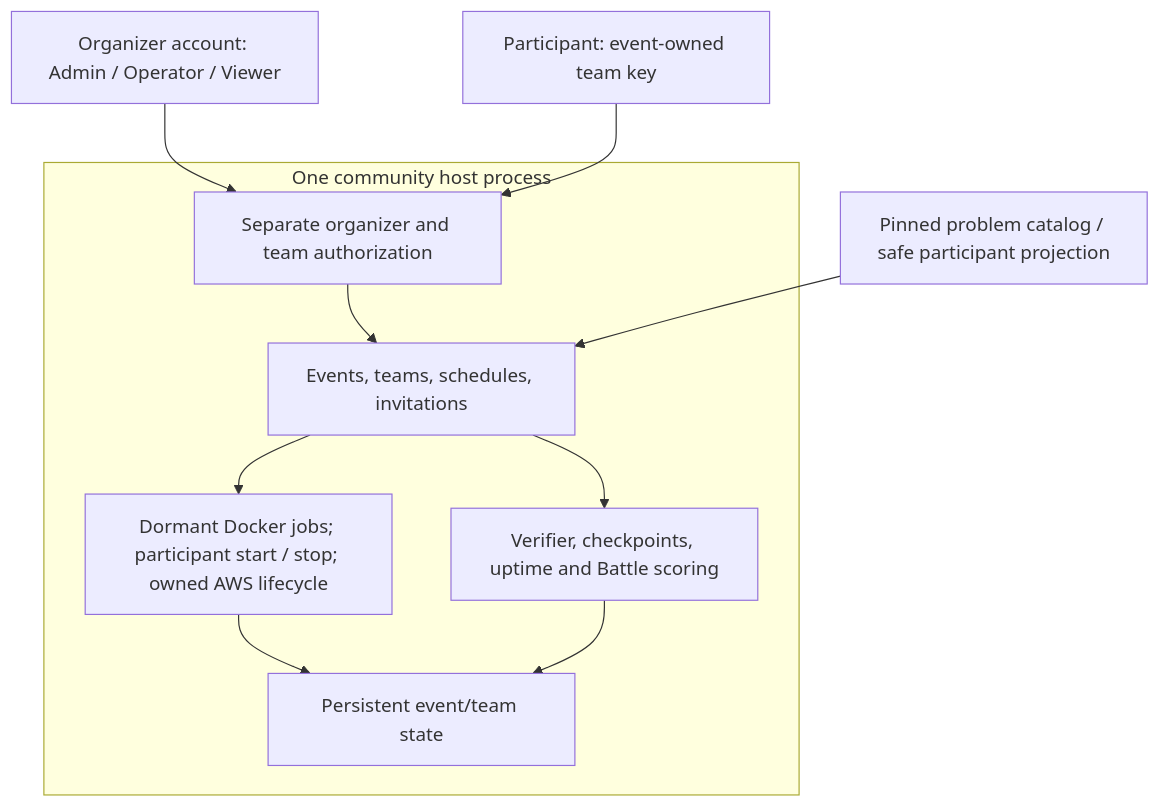
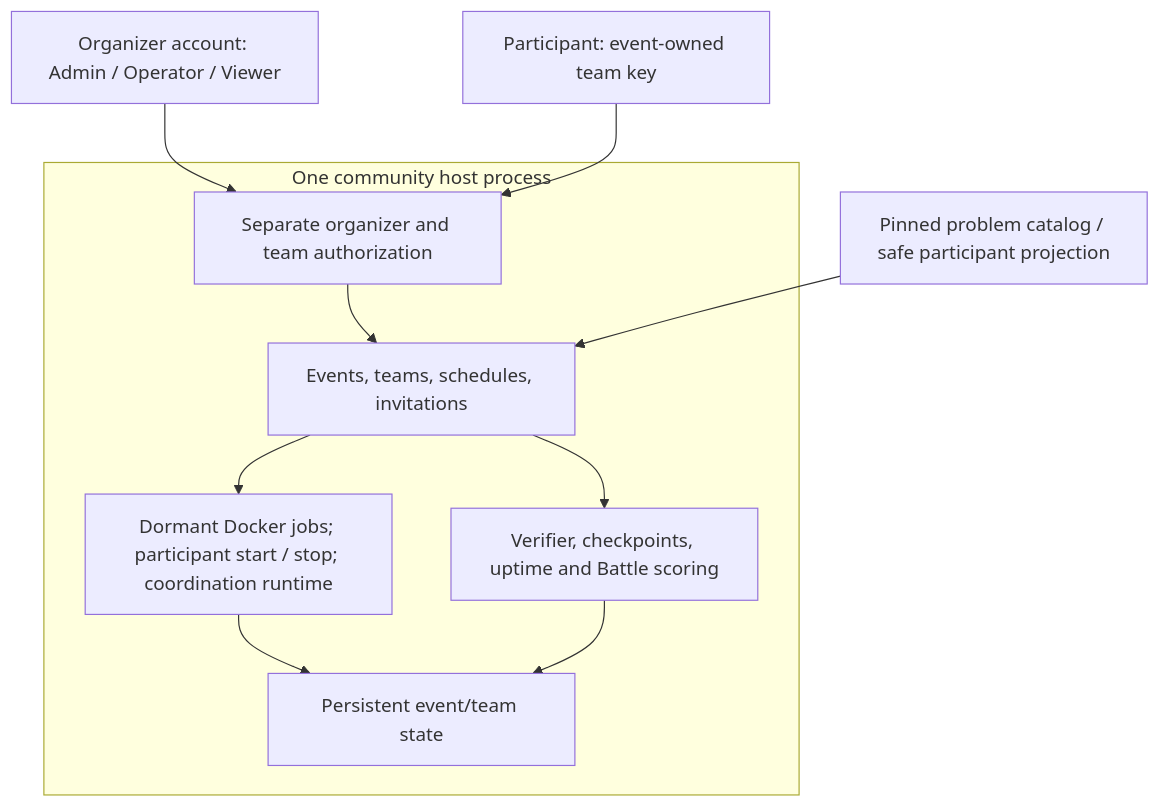
One commit to susumutomita/TenkaCloud changed the diagram in docs/architecture/diagrams/logical.mmd. Above: the diagram before and after it, drawn with Mermaid. The commit also changed 100 other files, not shown here.

```diff
--- a/docs/architecture/diagrams/logical.mmd
+++ b/docs/architecture/diagrams/logical.mmd
@@ -1,19 +1,19 @@
 flowchart TB
   Organizer["Organizer account: Admin / Operator / Viewer"]
   Team["Participant: event-owned team key"]
   subgraph Host["One community host process"]
     Auth["Separate organizer and team authorization"]
     Event["Events, teams, schedules, invitations"]
-    Runtime["Dormant Docker jobs; participant start / stop; owned AWS lifecycle"]
+    Runtime["Dormant Docker jobs; participant start / stop; coordination runtime"]
     Score["Verifier, checkpoints, uptime and Battle scoring"]
     Store["Persistent event/team state"]
   end
   Catalog["Pinned problem catalog / safe participant projection"]
   Organizer --> Auth
   Team --> Auth
   Auth --> Event
   Event --> Runtime
   Event --> Score
   Catalog --> Event
   Runtime --> Store
   Score --> Store
```
